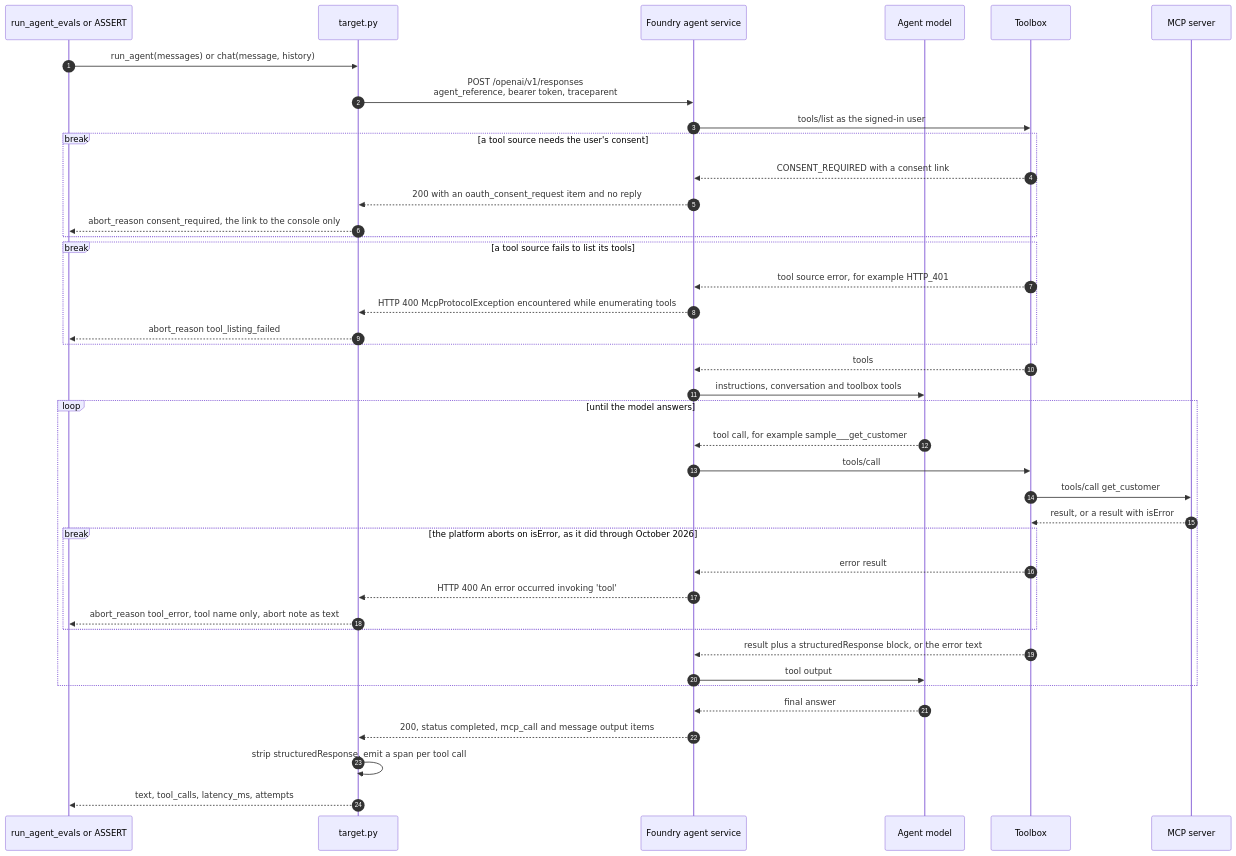
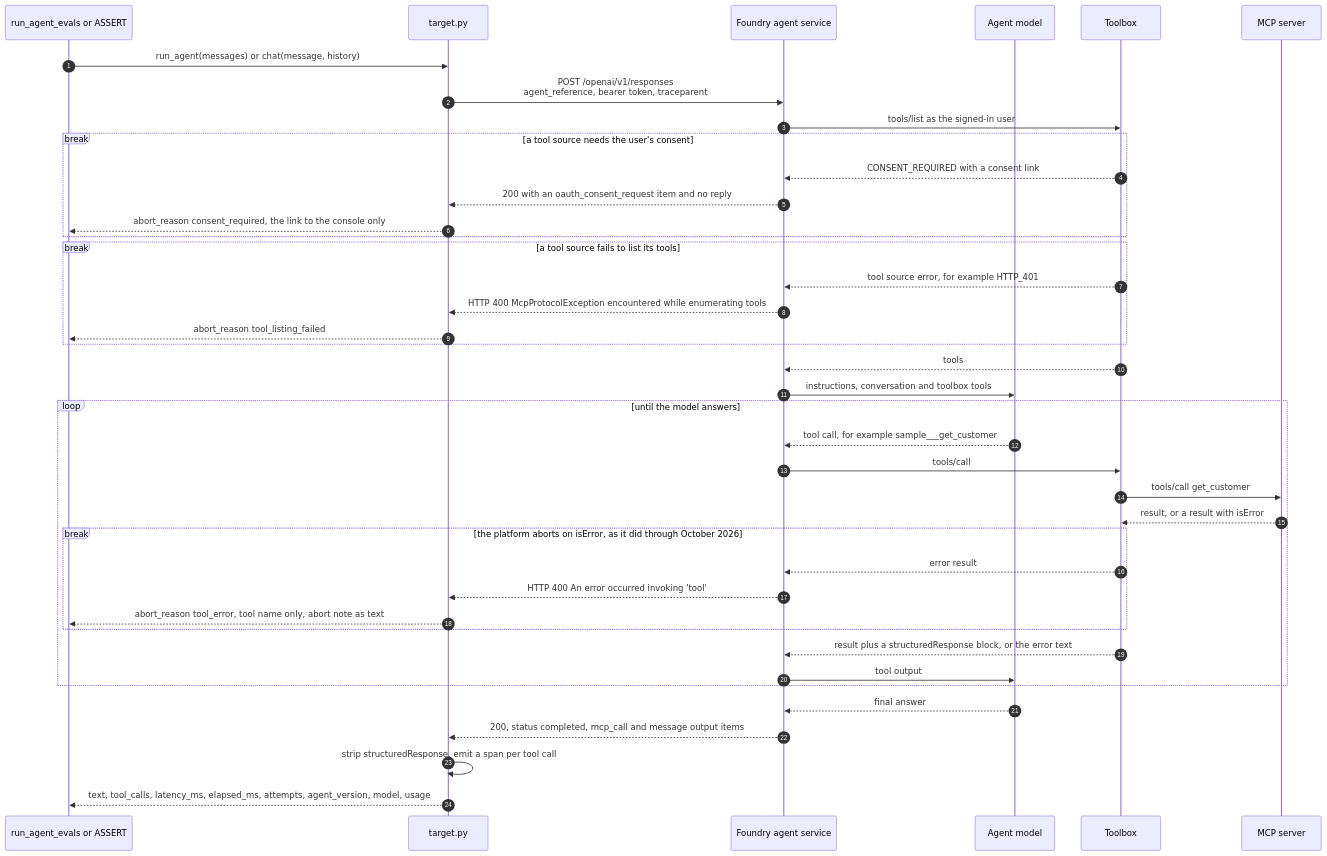
The ninth of 17 diagrams in docs/architecture.md (bradrlaw/foundryToolboxEval), drawn with Mermaid before and after one commit. The commit also changed other lines of this file and 13 other files, not shown here.

````diff
--- a/docs/architecture.md
+++ b/docs/architecture.md
@@ -403,42 +434,42 @@
 ```mermaid
 sequenceDiagram
     autonumber
     participant R as run_agent_evals or ASSERT
     participant T as target.py
     participant F as Foundry agent service
     participant M as Agent model
     participant TB as Toolbox
     participant S as MCP server
     R->>T: run_agent(messages) or chat(message, history)
     T->>F: POST /openai/v1/responses<br/>agent_reference, bearer token, traceparent
     F->>TB: tools/list as the signed-in user
     break a tool source needs the user's consent
         TB-->>F: CONSENT_REQUIRED with a consent link
         F-->>T: 200 with an oauth_consent_request item and no reply
         T-->>R: abort_reason consent_required, the link to the console only
     end
     break a tool source fails to list its tools
         TB-->>F: tool source error, for example HTTP_401
         F-->>T: HTTP 400 McpProtocolException encountered while enumerating tools
         T-->>R: abort_reason tool_listing_failed
     end
     TB-->>F: tools
     F->>M: instructions, conversation and toolbox tools
     loop until the model answers
         M-->>F: tool call, for example sample___get_customer
         F->>TB: tools/call
         TB->>S: tools/call get_customer
         S-->>TB: result, or a result with isError
         break the platform aborts on isError, as it did through October 2026
             TB-->>F: error result
             F-->>T: HTTP 400 An error occurred invoking 'tool'
             T-->>R: abort_reason tool_error, tool name only, abort note as text
         end
         TB-->>F: result plus a structuredResponse block, or the error text
         F->>M: tool output
     end
     M-->>F: final answer
     F-->>T: 200, status completed, mcp_call and message output items
     T->>T: strip structuredResponse, emit a span per tool call
-    T-->>R: text, tool_calls, latency_ms, attempts
+    T-->>R: text, tool_calls, latency_ms, elapsed_ms, attempts, agent_version, model, usage
 ```
````
